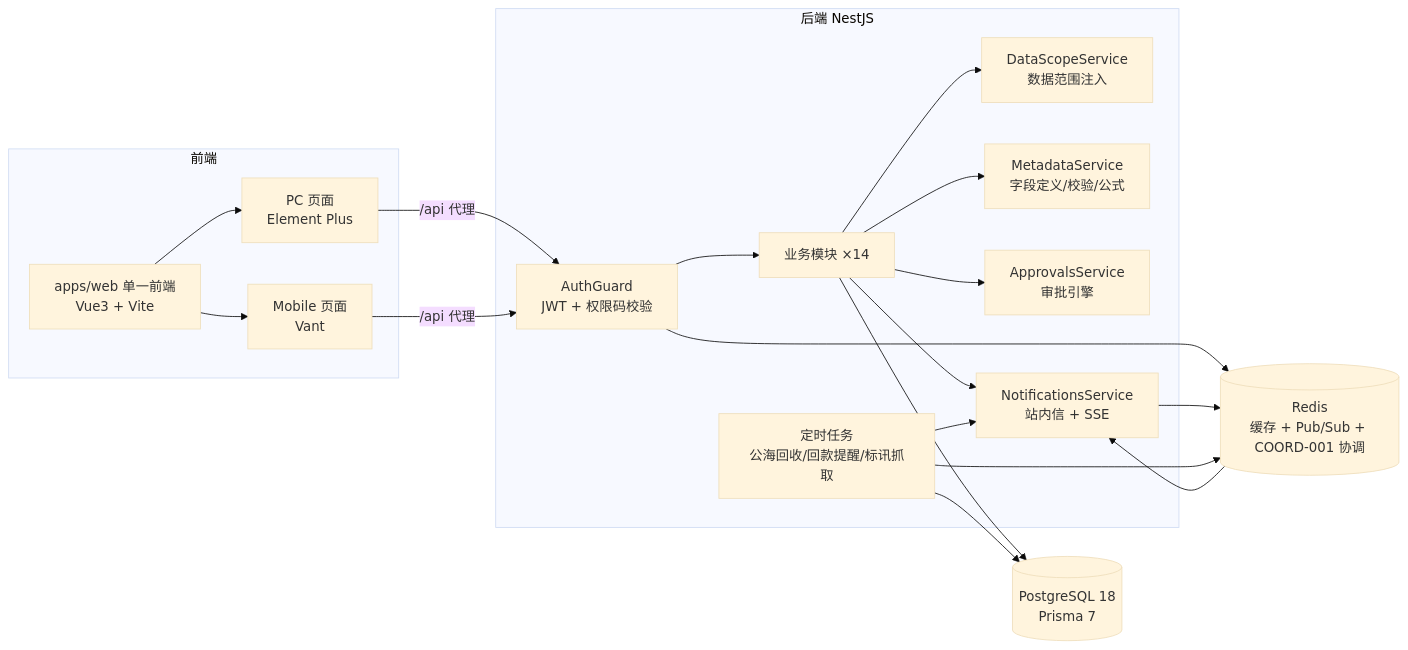
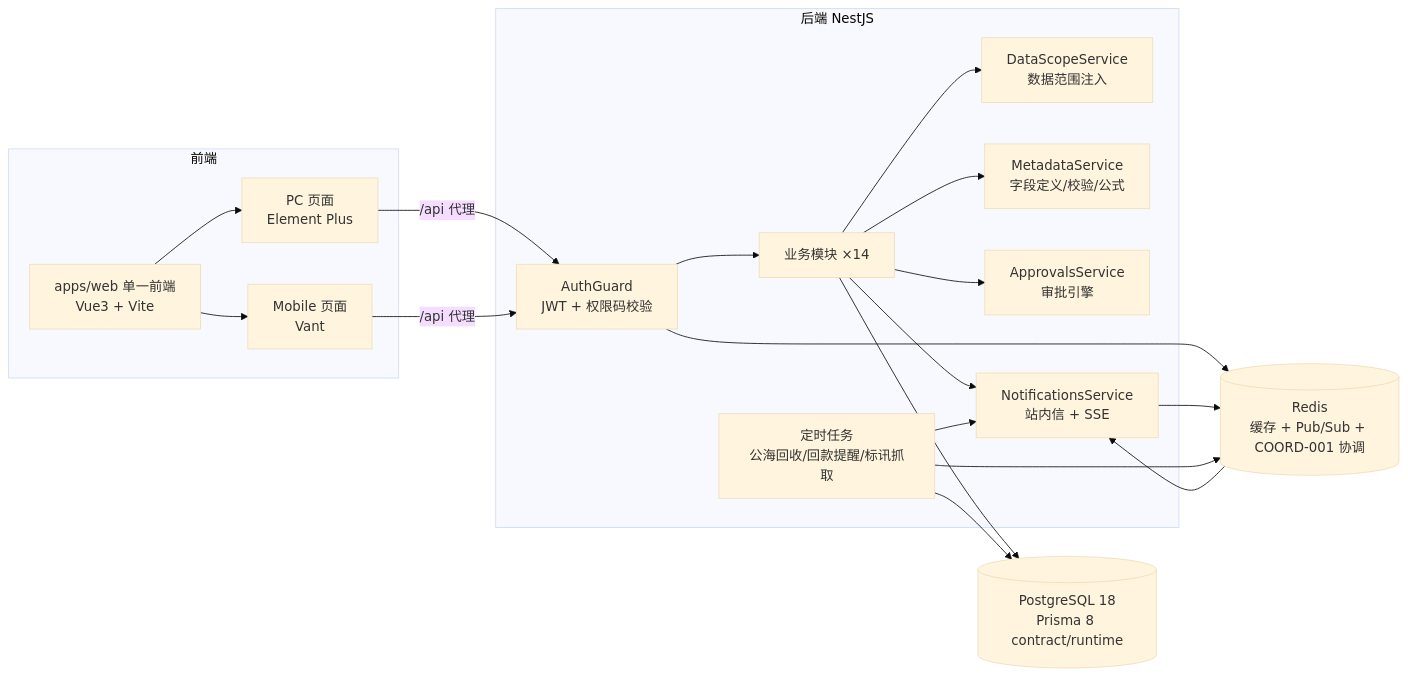
The first of 2 diagrams in docs/architecture.md (HideInMatrix/micromatrix-crm), drawn with Mermaid (base theme) before and after one commit. The commit also changed other lines of this file and 321 other files, not shown here.

````diff
--- a/docs/architecture.md
+++ b/docs/architecture.md
@@ -5,36 +5,36 @@
 ```mermaid
 flowchart LR
   subgraph clients [前端]
     Web[apps/web 单一前端<br/>Vue3 + Vite]
     PC[PC 页面<br/>Element Plus]
     Mobile[Mobile 页面<br/>Vant]
     Web --> PC
     Web --> Mobile
   end
   subgraph server [后端 NestJS]
     Guard[AuthGuard<br/>JWT + 权限码校验]
     Scope[DataScopeService<br/>数据范围注入]
     Meta[MetadataService<br/>字段定义/校验/公式]
     Approval[ApprovalsService<br/>审批引擎]
     Biz[业务模块 ×14]
     Cron[定时任务<br/>公海回收/回款提醒/标讯抓取]
     Notify[NotificationsService<br/>站内信 + SSE]
   end
-  DB[(PostgreSQL 18<br/>Prisma 7)]
+  DB[(PostgreSQL 18<br/>Prisma 8 contract/runtime)]
   Redis[(Redis<br/>缓存 + Pub/Sub + COORD-001 协调)]
 
   PC -->|/api 代理| Guard
   Mobile -->|/api 代理| Guard
   Guard --> Biz
   Guard --> Redis
   Biz --> Scope
   Biz --> Meta
   Biz --> Approval
   Biz --> Notify
   Biz --> DB
   Notify --> Redis
   Redis --> Notify
   Cron --> Redis
   Cron --> DB
   Cron --> Notify
 ```
````
